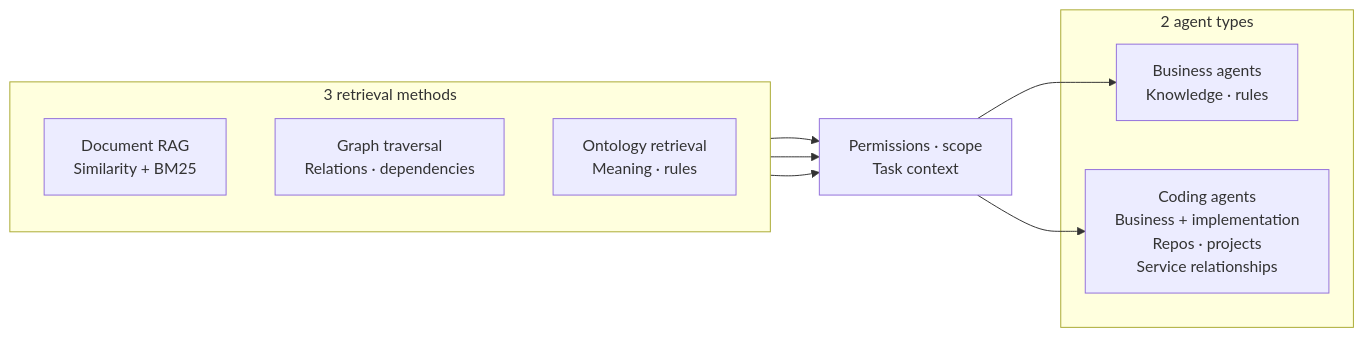
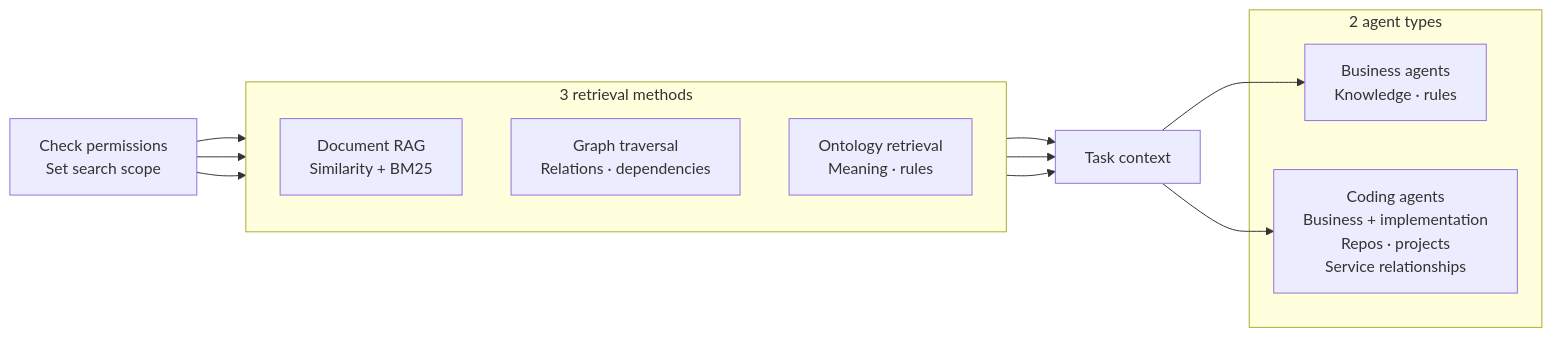
One commit to haandol/haandol.github.com changed the fourth of 7 diagrams in _en/2026-11-05-enterprise-wide-ax-essentials.md. Above: the diagram before and after it, drawn with Mermaid. The commit also changed other lines of this file and 1 other file, not shown here.

````diff
--- a/_en/2026-11-05-enterprise-wide-ax-essentials.md
+++ b/_en/2026-11-05-enterprise-wide-ax-essentials.md
@@ -117,18 +156,22 @@
 ```mermaid
 flowchart LR
+  P["Check permissions<br/>Set search scope"]
   subgraph K["3 retrieval methods"]
     direction TB
     R["Document RAG<br/>Similarity + BM25"]
     G["Graph traversal<br/>Relations · dependencies"]
     O["Ontology retrieval<br/>Meaning · rules"]
   end
-  R --> C["Permissions · scope<br/>Task context"]
+  P --> R
+  P --> G
+  P --> O
+  R --> C["Task context"]
   G --> C
   O --> C
   subgraph U["2 agent types"]
     B["Business agents<br/>Knowledge · rules"]
     D["Coding agents<br/>Business + implementation<br/>Repos · projects<br/>Service relationships"]
   end
   C --> B
   C --> D
 ```
````
